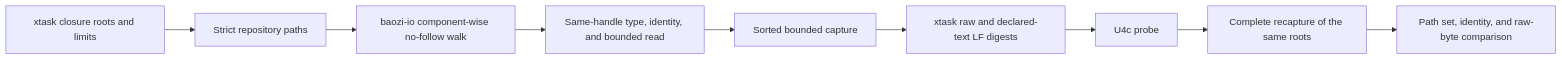
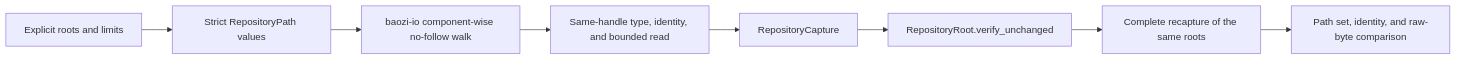
Before and after one commit to Latias94/baozi: the third of 3 diagrams in docs/adr/0010-asset-io-virtual-filesystem-uri-archive-and-path-security.md, drawn with Mermaid. The commit also changed other lines of this file and 12 other files, not shown here.

Commit message:
refactor(xtask): remove unused repository IO activation

````diff
--- a/docs/adr/0010-asset-io-virtual-filesystem-uri-archive-and-path-security.md
+++ b/docs/adr/0010-asset-io-virtual-filesystem-uri-archive-and-path-security.md
@@ -404,11 +413,10 @@
 ```mermaid
 flowchart LR
-    Spec[xtask closure roots and limits] --> Path[Strict repository paths]
+    Spec[Explicit roots and limits] --> Path[Strict RepositoryPath values]
     Path --> Walk[baozi-io component-wise no-follow walk]
     Walk --> Handle[Same-handle type, identity, and bounded read]
-    Handle --> Capture[Sorted bounded capture]
-    Capture --> Hash[xtask raw and declared-text LF digests]
-    Hash --> Probe[U4c probe]
-    Probe --> Recapture[Complete recapture of the same roots]
+    Handle --> Capture[RepositoryCapture]
+    Capture --> Verify[RepositoryRoot.verify_unchanged]
+    Verify --> Recapture[Complete recapture of the same roots]
     Recapture --> Compare[Path set, identity, and raw-byte comparison]
 ```
````
